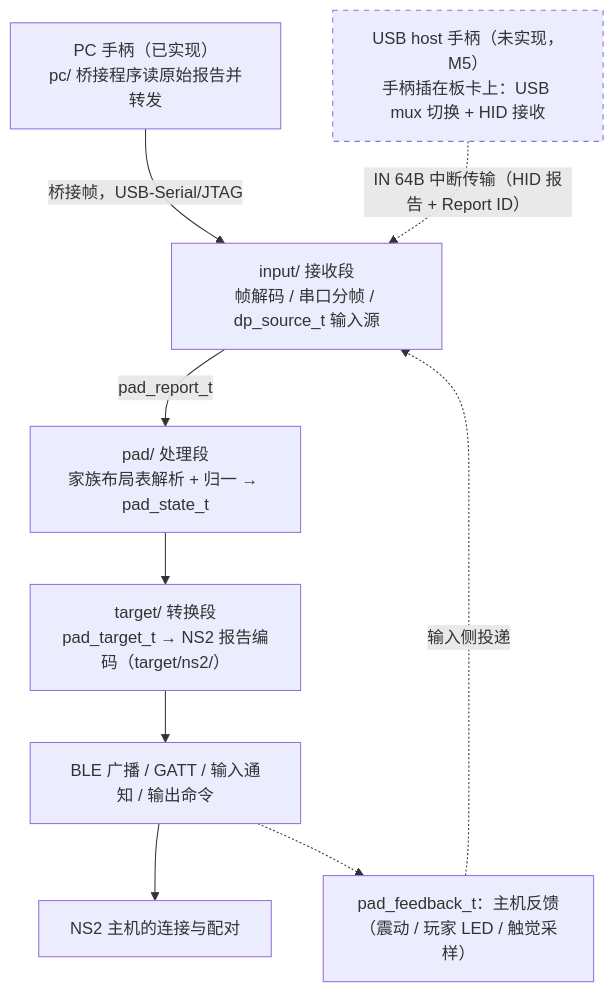
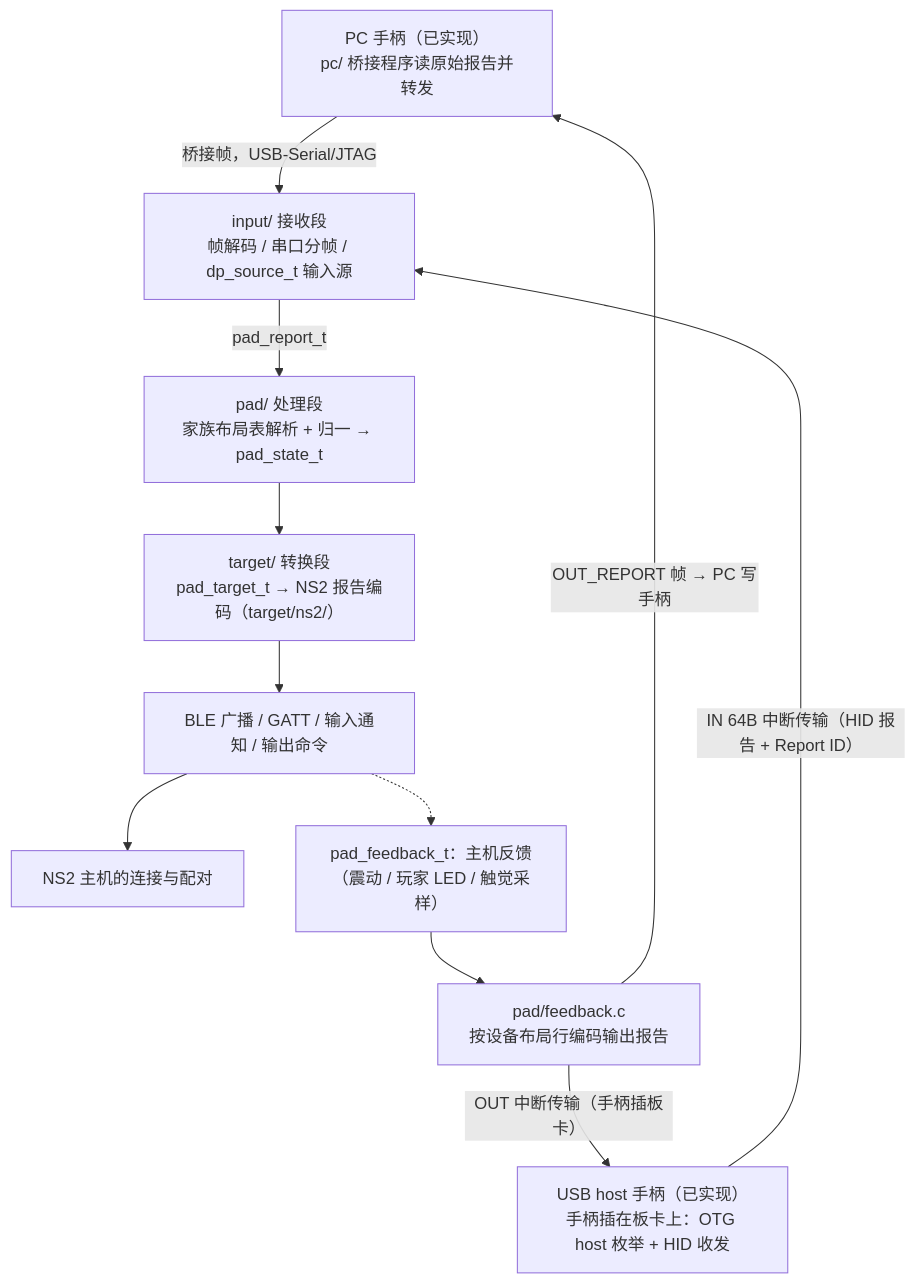
One commit to slime7/remapad changed the second of 7 diagrams in docs/ABSTRACTIONS.md. Above: the diagram before and after it, drawn with Mermaid. The commit also changed other lines of this file and 11 other files, not shown here.

First line of the commit message:
docs: 记录 USB host 直插、同代透传与反馈写回，新增 ADR 0026/0027

````diff
--- a/docs/ABSTRACTIONS.md
+++ b/docs/ABSTRACTIONS.md
@@ -58,23 +60,23 @@
 ```mermaid
 flowchart TB
     Bridge["PC 手柄（已实现）<br/>pc/ 桥接程序读原始报告并转发"]
-    Host["USB host 手柄（未实现，M5）<br/>手柄插在板卡上：USB mux 切换 + HID 接收"]
+    Host["USB host 手柄（已实现）<br/>手柄插在板卡上：OTG host 枚举 + HID 收发"]
     Recv["input/ 接收段<br/>帧解码 / 串口分帧 / dp_source_t 输入源"]
     Parse["pad/ 处理段<br/>家族布局表解析 + 归一 → pad_state_t"]
     Encode["target/ 转换段<br/>pad_target_t → NS2 报告编码（target/ns2/）"]
     Ble["BLE 广播 / GATT / 输入通知 / 输出命令"]
     Session["NS2 主机的连接与配对"]
     Feedback["pad_feedback_t：主机反馈（震动 / 玩家 LED / 触觉采样）"]
+    FbEnc["pad/feedback.c<br/>按设备布局行编码输出报告"]
 
     Bridge -->|"桥接帧，USB-Serial/JTAG"| Recv
-    Host -. "IN 64B 中断传输（HID 报告 + Report ID）" .-> Recv
+    Host -->|"IN 64B 中断传输（HID 报告 + Report ID）"| Recv
     Recv -->|pad_report_t| Parse
     Parse --> Encode
     Encode --> Ble
     Ble --> Session
     Ble -.-> Feedback
-    Feedback -. 输入侧投递 .-> Recv
-
-    classDef planned stroke-dasharray: 5 5
-    class Host planned
+    Feedback --> FbEnc
+    FbEnc -->|"OUT 中断传输（手柄插板卡）"| Host
+    FbEnc -->|"OUT_REPORT 帧 → PC 写手柄"| Bridge
 ```
````
